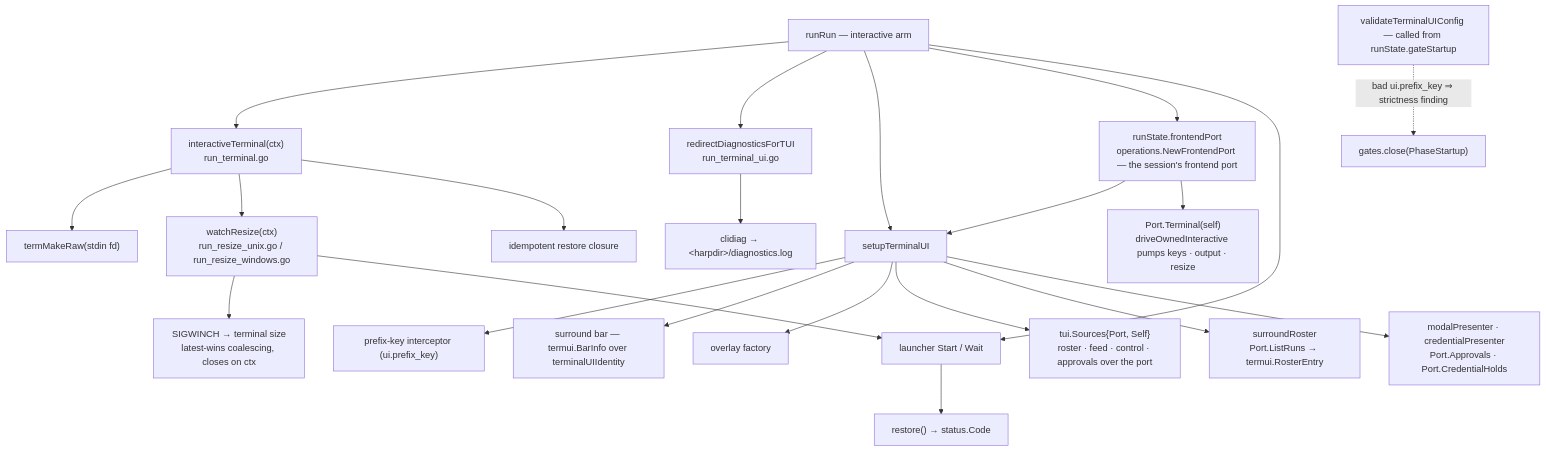
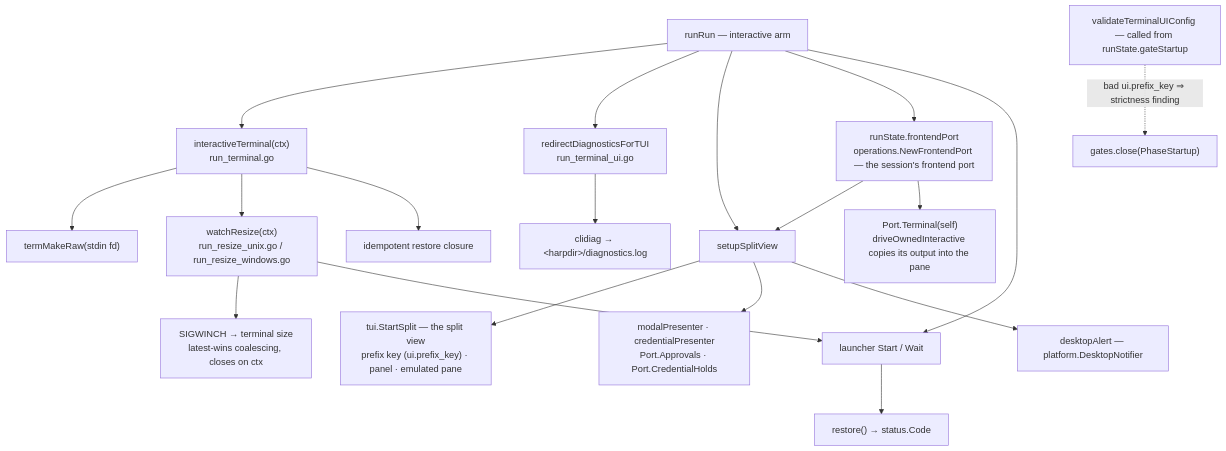
The first of 2 diagrams in docs/architecture/cli/terminal-and-prompts.md (ctxloom/ctxloom), drawn with Mermaid before and after one commit. The commit also changed other lines of this file and 6 other files, not shown here.

First line of the commit message:
docs: ctxloom run's terminal is the split view

````diff
--- a/docs/architecture/cli/terminal-and-prompts.md
+++ b/docs/architecture/cli/terminal-and-prompts.md
@@ -13,29 +13,26 @@
 ```mermaid
 flowchart TD
     RUNE["runRun — interactive arm"]
     RUNE --> IT["interactiveTerminal(ctx)<br/>run_terminal.go"]
     IT --> MR["termMakeRaw(stdin fd)"]
     IT --> WR["watchResize(ctx)<br/>run_resize_unix.go / run_resize_windows.go"]
     IT --> RESTORE["idempotent restore closure"]
     WR --> SIG["SIGWINCH → terminal size<br/>latest-wins coalescing, closes on ctx"]
 
     RUNE --> RD["redirectDiagnosticsForTUI<br/>run_terminal_ui.go"]
     RD --> LOG["clidiag → &lt;harpdir&gt;/diagnostics.log"]
-    RUNE --> STU["setupTerminalUI"]
-    STU --> PK["prefix-key interceptor (ui.prefix_key)"]
-    STU --> BAR["surround bar — termui.BarInfo over terminalUIIdentity"]
-    STU --> OV["overlay factory"]
+    RUNE --> STU["setupSplitView"]
+    STU --> SV["tui.StartSplit — the split view<br/>prefix key (ui.prefix_key) · panel · emulated pane"]
     RUNE --> FP["runState.frontendPort<br/>operations.NewFrontendPort — the session's frontend port"]
     FP --> STU
-    STU --> SRC["tui.Sources{Port, Self}<br/>roster · feed · control · approvals over the port"]
-    STU --> ROSTER["surroundRoster<br/>Port.ListRuns → termui.RosterEntry"]
     STU --> PRES["modalPresenter · credentialPresenter<br/>Port.Approvals · Port.CredentialHolds"]
-    FP --> TERM["Port.Terminal(self)<br/>driveOwnedInteractive pumps keys · output · resize"]
+    STU --> ALERT["desktopAlert — platform.DesktopNotifier"]
+    FP --> TERM["Port.Terminal(self)<br/>driveOwnedInteractive copies its output into the pane"]
 
     RUNE --> LAUNCH["launcher Start / Wait"]
     WR --> LAUNCH
     LAUNCH --> EXIT["restore() → status.Code"]
 
     VAL["validateTerminalUIConfig — called from runState.gateStartup"]
     VAL -.->|"bad ui.prefix_key ⇒ strictness finding"| GATE["gates.close(PhaseStartup)"]
 ```
````
